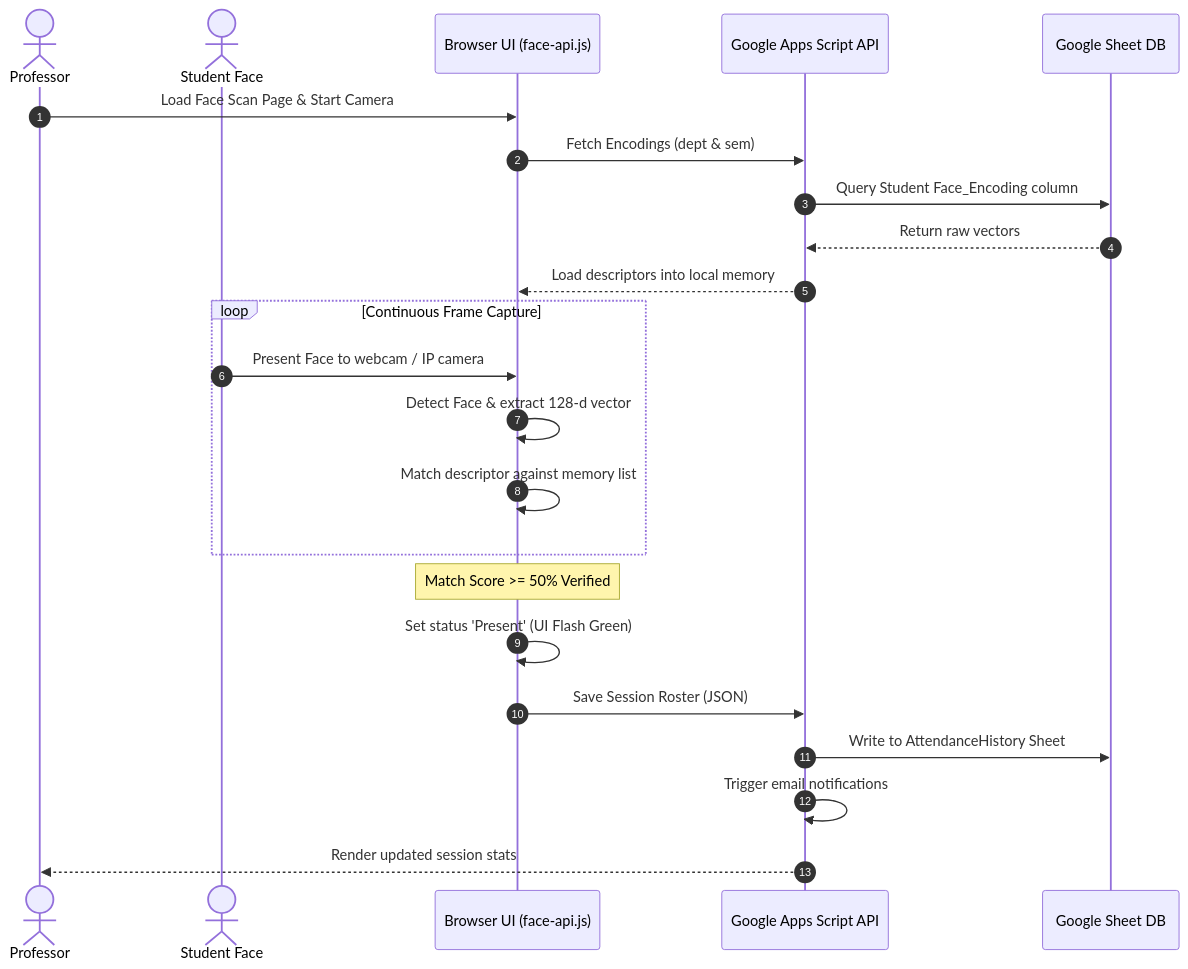
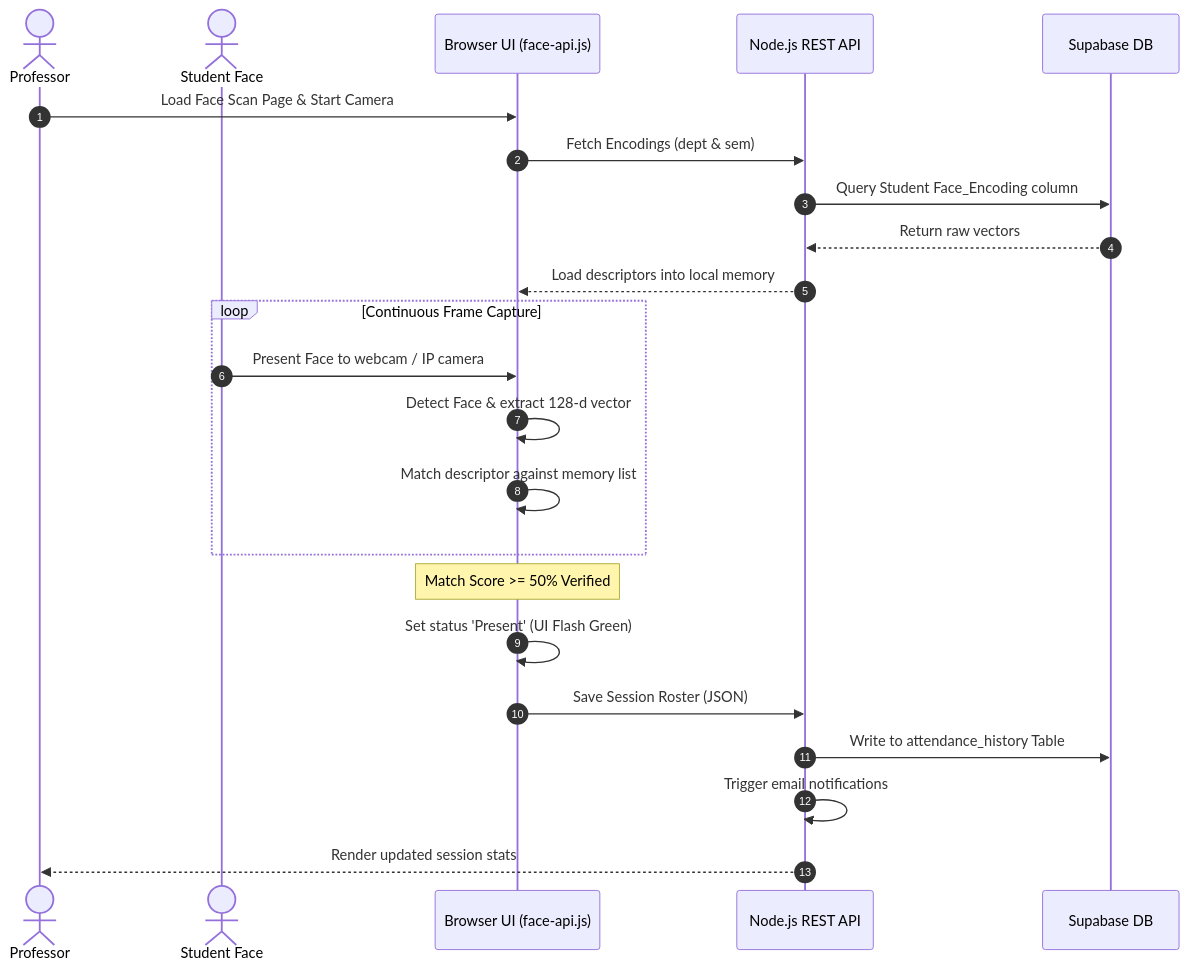
The second of 3 diagrams in README.md (SmartAttend-official/SmartAttend), drawn with Mermaid before and after one commit. The commit also changed other lines of this file and 16 other files, not shown here.

````diff
--- a/README.md
+++ b/README.md
@@ -118,26 +118,26 @@
 ```mermaid
 sequenceDiagram
     autonumber
     actor Prof as Professor
     actor Stud as Student Face
     participant Client as Browser UI (face-api.js)
-    participant Cloud as Google Apps Script API
-    participant DB as Google Sheet DB
+    participant Cloud as Node.js REST API
+    participant DB as Supabase DB
 
     Prof->>Client: Load Face Scan Page & Start Camera
     Client->>Cloud: Fetch Encodings (dept & sem)
     Cloud->>DB: Query Student Face_Encoding column
     DB-->>Cloud: Return raw vectors
     Cloud-->>Client: Load descriptors into local memory
     loop Continuous Frame Capture
         Stud->>Client: Present Face to webcam / IP camera
         Client->>Client: Detect Face & extract 128-d vector
         Client->>Client: Match descriptor against memory list
     end
     Note over Client: Match Score >= 50% Verified
     Client->>Client: Set status 'Present' (UI Flash Green)
     Client->>Cloud: Save Session Roster (JSON)
-    Cloud->>DB: Write to AttendanceHistory Sheet
+    Cloud->>DB: Write to attendance_history Table
     Cloud->>Cloud: Trigger email notifications
     Cloud-->>Prof: Render updated session stats
 ```
````
